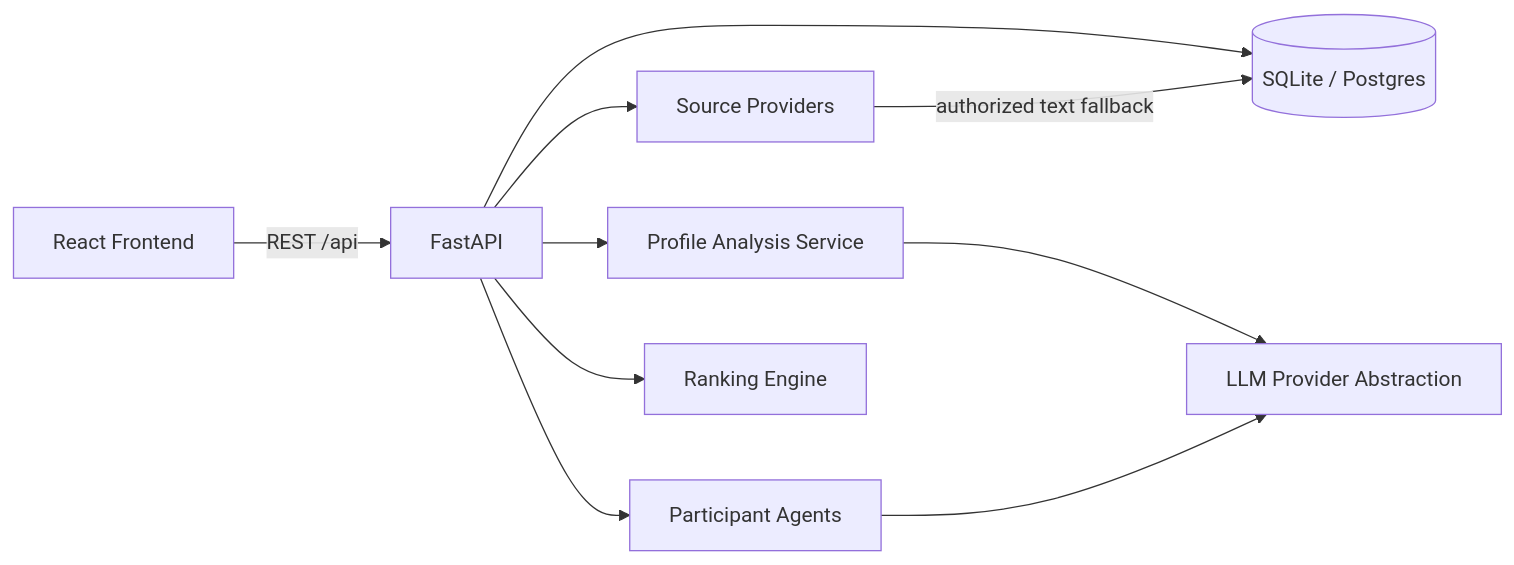
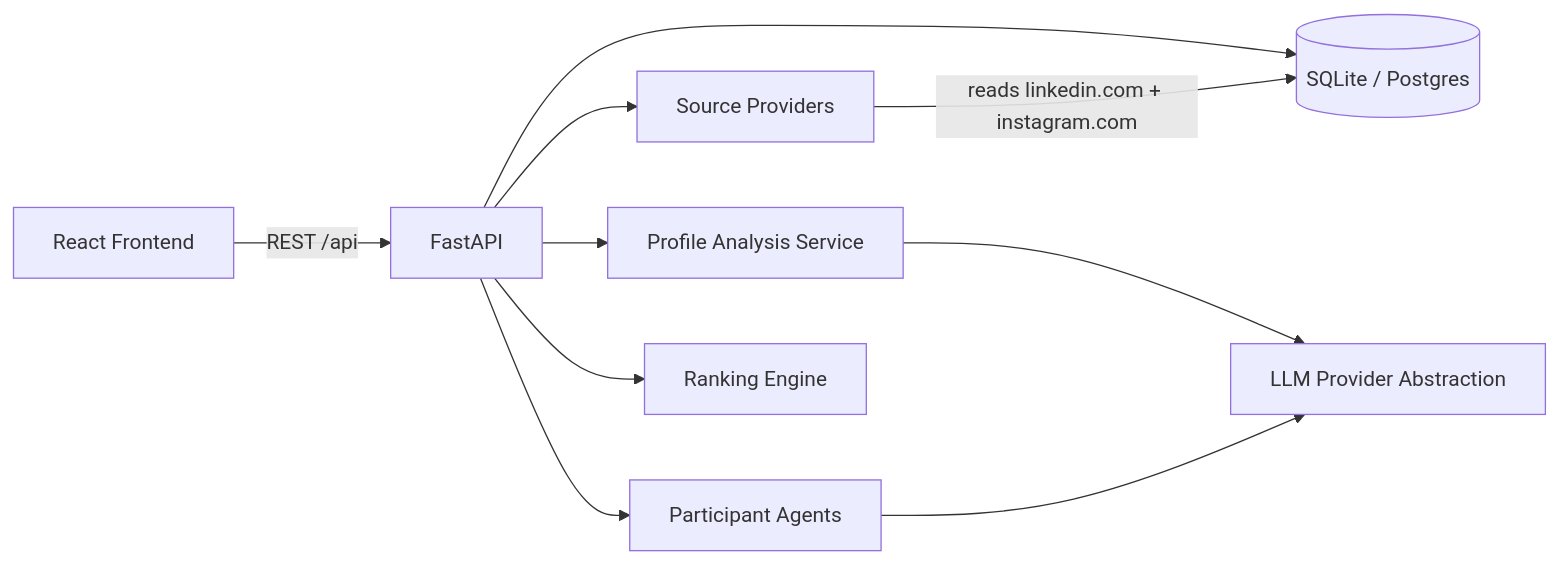
One commit to SurajRawani1919/agentic-dating-platform changed the diagram in docs/ARCHITECTURE.md. Above: the diagram before and after it, drawn with Mermaid. The commit also changed other lines of this file and 63 other files, not shown here.

````diff
--- a/docs/ARCHITECTURE.md
+++ b/docs/ARCHITECTURE.md
@@ -5,12 +5,12 @@
 ```mermaid
 flowchart LR
   UI[React Frontend] -->|REST /api| API[FastAPI]
   API --> DB[(SQLite / Postgres)]
   API --> Src[Source Providers]
   API --> Analysis[Profile Analysis Service]
   API --> Agents[Participant Agents]
   API --> Rank[Ranking Engine]
   Analysis --> LLM[LLM Provider Abstraction]
   Agents --> LLM
-  Src -->|authorized text fallback| DB
+  Src -->|reads linkedin.com + instagram.com| DB
 ```
````
